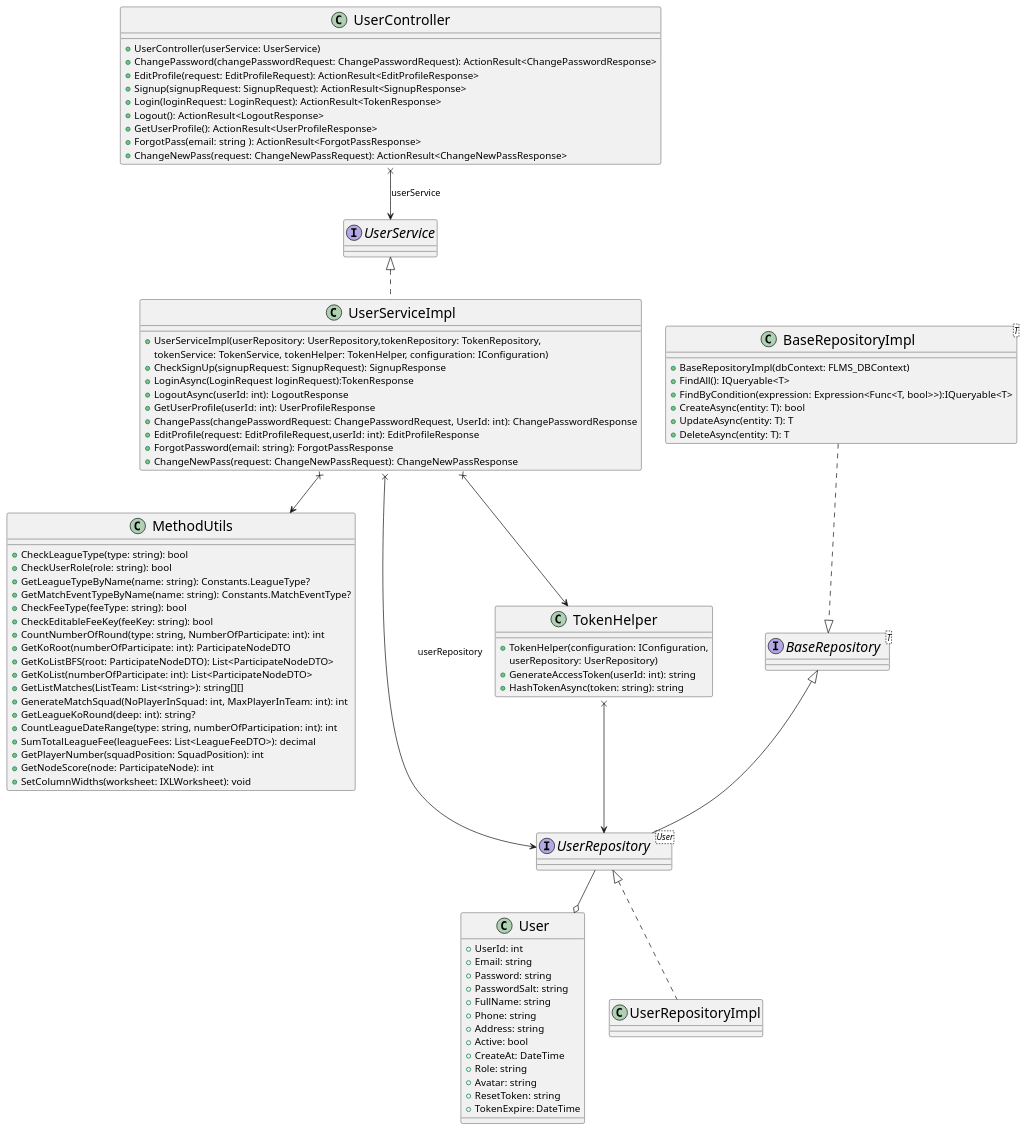
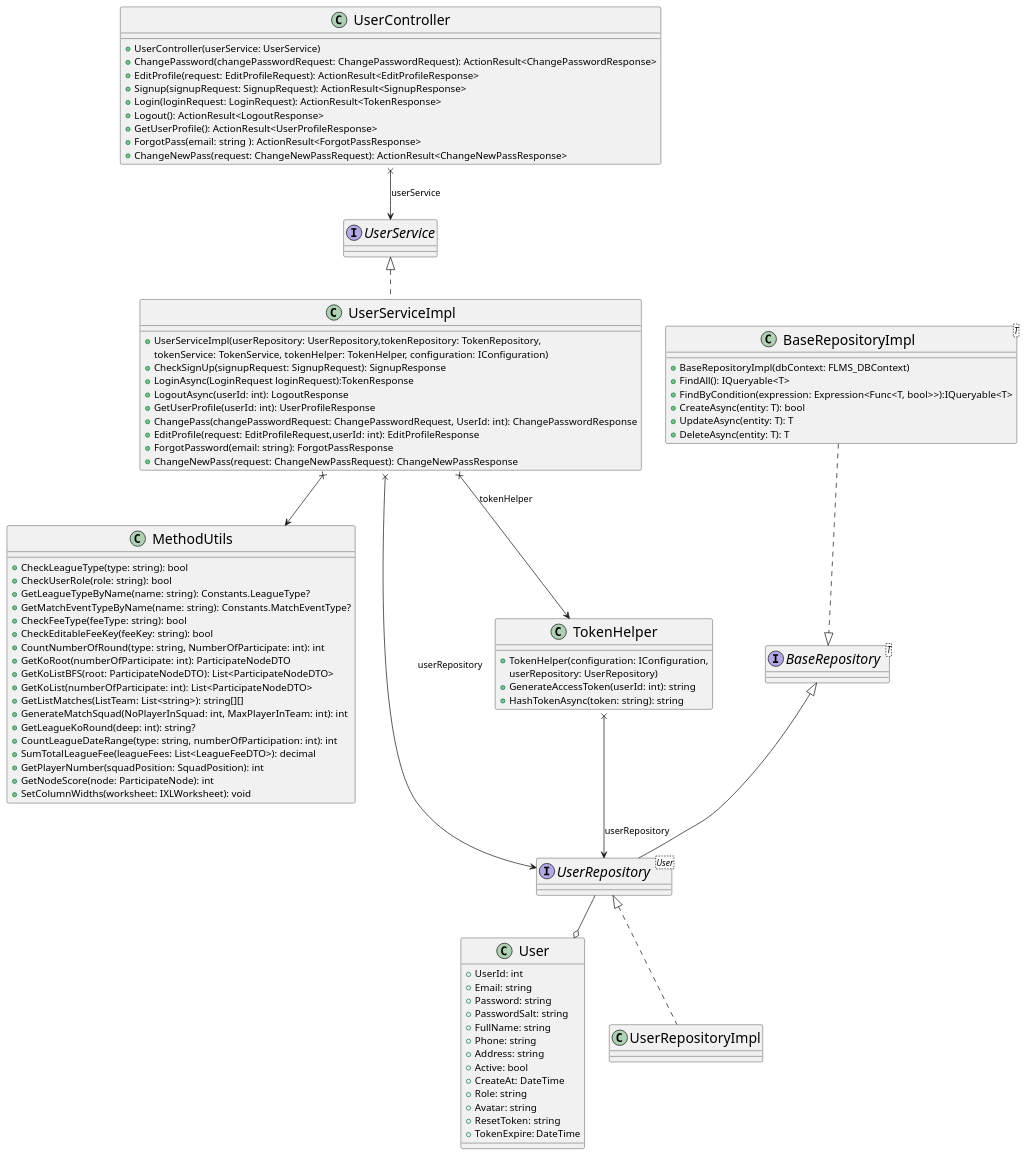
Before and after one commit to envydiace/FLMS_Diagram: the diagram in Common_feature_for_logged_user/Class_diagram/class_diagram.puml, drawn with PlantUML. The commit also changed 1 other file, not shown here.

```diff
--- a/Common_feature_for_logged_user/Class_diagram/class_diagram.puml
+++ b/Common_feature_for_logged_user/Class_diagram/class_diagram.puml
@@ -1,103 +1,103 @@
 @startuml class diagram
 
 skinparam classFontSize 20
 
 class User {
   +UserId: int
   +Email: string
   +Password: string
   +PasswordSalt: string
   +FullName: string
   +Phone: string
   +Address: string
   +Active: bool
   +CreateAt: DateTime
   +Role: string
   +Avatar: string
   +ResetToken: string
   +TokenExpire:	DateTime
 }
 
 ' class PasswordHelper {
 '   +HashUsingPbkdf2(password: string, salt: byte[]): string
 ' }
 
 class MethodUtils{
   +CheckLeagueType(type: string): bool
   +CheckUserRole(role: string): bool
   +GetLeagueTypeByName(name: string): Constants.LeagueType?
   +GetMatchEventTypeByName(name: string): Constants.MatchEventType?
   +CheckFeeType(feeType: string): bool
   +CheckEditableFeeKey(feeKey: string): bool
   +CountNumberOfRound(type: string, NumberOfParticipate: int): int
   +GetKoRoot(numberOfParticipate: int): ParticipateNodeDTO
   +GetKoListBFS(root: ParticipateNodeDTO): List<ParticipateNodeDTO>
   +GetKoList(numberOfParticipate: int): List<ParticipateNodeDTO>
   +GetListMatches(ListTeam: List<string>): string[][]
   +GenerateMatchSquad(NoPlayerInSquad: int, MaxPlayerInTeam: int): int
   +GetLeagueKoRound(deep: int): string?
   +CountLeagueDateRange(type: string, numberOfParticipation: int): int
   +SumTotalLeagueFee(leagueFees: List<LeagueFeeDTO>): decimal
   +GetPlayerNumber(squadPosition: SquadPosition): int
   +GetNodeScore(node: ParticipateNode): int
   +SetColumnWidths(worksheet: IXLWorksheet): void
 }
 
 class UserController {
   +UserController(userService: UserService)
   +ChangePassword(changePasswordRequest: ChangePasswordRequest): ActionResult<ChangePasswordResponse>
   +EditProfile(request: EditProfileRequest): ActionResult<EditProfileResponse>
   +Signup(signupRequest: SignupRequest): ActionResult<SignupResponse>
   +Login(loginRequest: LoginRequest): ActionResult<TokenResponse>
   +Logout(): ActionResult<LogoutResponse>
   +GetUserProfile(): ActionResult<UserProfileResponse>
   +ForgotPass(email: string ): ActionResult<ForgotPassResponse>
   +ChangeNewPass(request: ChangeNewPassRequest): ActionResult<ChangeNewPassResponse>  
 }
 UserController x--> UserService: userService
 
 interface UserService
 
 class UserServiceImpl implements UserService {
   +UserServiceImpl(userRepository: UserRepository,tokenRepository: TokenRepository, 
   tokenService: TokenService, tokenHelper: TokenHelper, configuration: IConfiguration)
   +CheckSignUp(signupRequest: SignupRequest): SignupResponse
   +LoginAsync(LoginRequest loginRequest):TokenResponse
   +LogoutAsync(userId: int): LogoutResponse
   +GetUserProfile(userId: int): UserProfileResponse
   +ChangePass(changePasswordRequest: ChangePasswordRequest, UserId: int): ChangePasswordResponse
   +EditProfile(request: EditProfileRequest,userId: int): EditProfileResponse
   +ForgotPassword(email: string): ForgotPassResponse
   +ChangeNewPass(request: ChangeNewPassRequest): ChangeNewPassResponse
 }
 UserServiceImpl x--> UserRepository: userRepository
 ' UserServiceImpl x--> PasswordHelper
 UserServiceImpl x--> MethodUtils
-UserServiceImpl x--> TokenHelper
+UserServiceImpl x--> TokenHelper: tokenHelper
 
 interface BaseRepository<T>
 
 class BaseRepositoryImpl<T> {
   +BaseRepositoryImpl(dbContext: FLMS_DBContext)
   +FindAll(): IQueryable<T>
   +FindByCondition(expression: Expression<Func<T, bool>>):IQueryable<T>
   +CreateAsync(entity: T): bool
   +UpdateAsync(entity: T): T
   +DeleteAsync(entity: T): T
 }
 BaseRepositoryImpl ..|> BaseRepository 
 
 interface UserRepository<User> implements BaseRepository
 UserRepository --o User
 
 class UserRepositoryImpl implements UserRepository
 
 class TokenHelper {
   +TokenHelper(configuration: IConfiguration, 
   userRepository: UserRepository)
   +GenerateAccessToken(userId: int): string
   +HashTokenAsync(token: string): string
 }
-TokenHelper x--> UserRepository
+TokenHelper x--> UserRepository: userRepository
 
 @enduml
```
